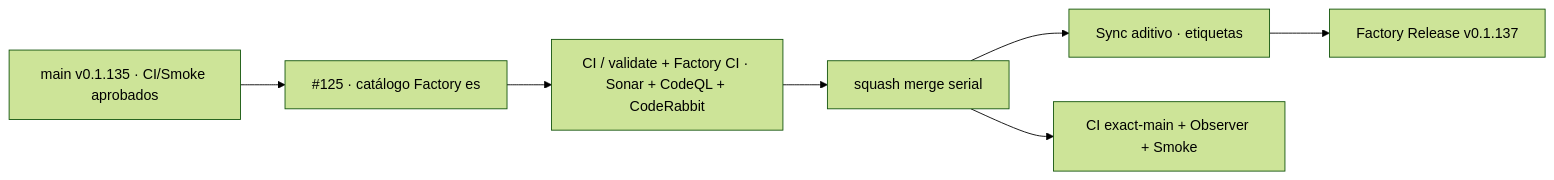
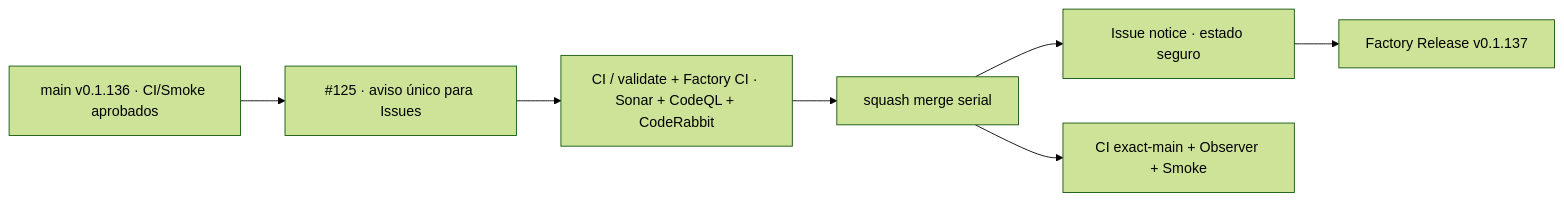
One commit to pl0n3r/GrindFlow changed the diagram in README.md. Above: the diagram before and after it, drawn with Mermaid (forest theme). The commit also changed other lines of this file and 2 other files, not shown here.

Commit message:
test(governance): cubrir aviso idempotente y reconciliar alcance CI

````diff
--- a/README.md
+++ b/README.md
@@ -47,9 +47,9 @@
 ```mermaid
 flowchart LR
-  A["main v0.1.135 · CI/Smoke aprobados"] --> P["#125 · catálogo Factory es"]
+  A["main v0.1.136 · CI/Smoke aprobados"] --> P["#125 · aviso único para Issues"]
   P --> Q["CI / validate + Factory CI · Sonar + CodeQL + CodeRabbit"]
   Q --> M["squash merge serial"]
-  M --> F["Sync aditivo · etiquetas"]
+  M --> F["Issue notice · estado seguro"]
   F --> R["Factory Release v0.1.137"]
   M --> X["CI exact-main + Observer + Smoke"]
 ```
````
